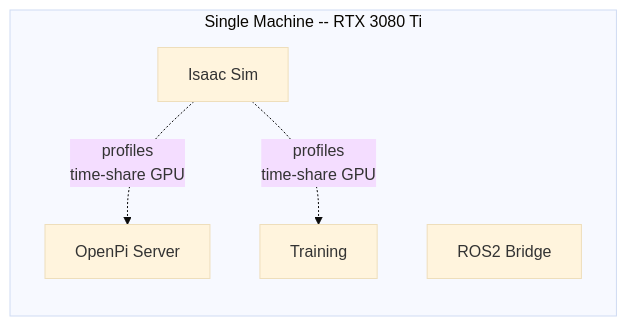
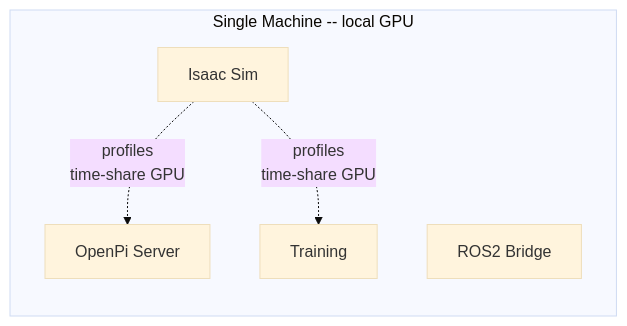
Before and after one commit to Jbruslind/soarm101-isaac: the second of 5 diagrams in docs/ARCHITECTURE.md, drawn with Mermaid (base theme). The commit also changed other lines of this file and 20 other files, not shown here.

````diff
--- a/docs/ARCHITECTURE.md
+++ b/docs/ARCHITECTURE.md
@@ -51,12 +51,12 @@
 ```mermaid
 graph LR
-    subgraph singleBox ["Single Machine  --  RTX 3080 Ti"]
+    subgraph singleBox ["Single Machine  --  local GPU"]
         direction TB
         IS["Isaac Sim"]
         OP["OpenPi Server"]
         R2["ROS2 Bridge"]
         TR["Training"]
     end
     IS -.->|"profiles\ntime-share GPU"| OP
     IS -.->|"profiles\ntime-share GPU"| TR
 ```
````
